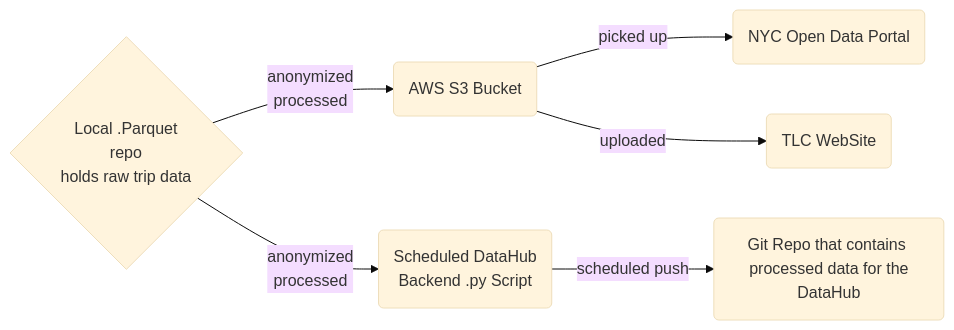
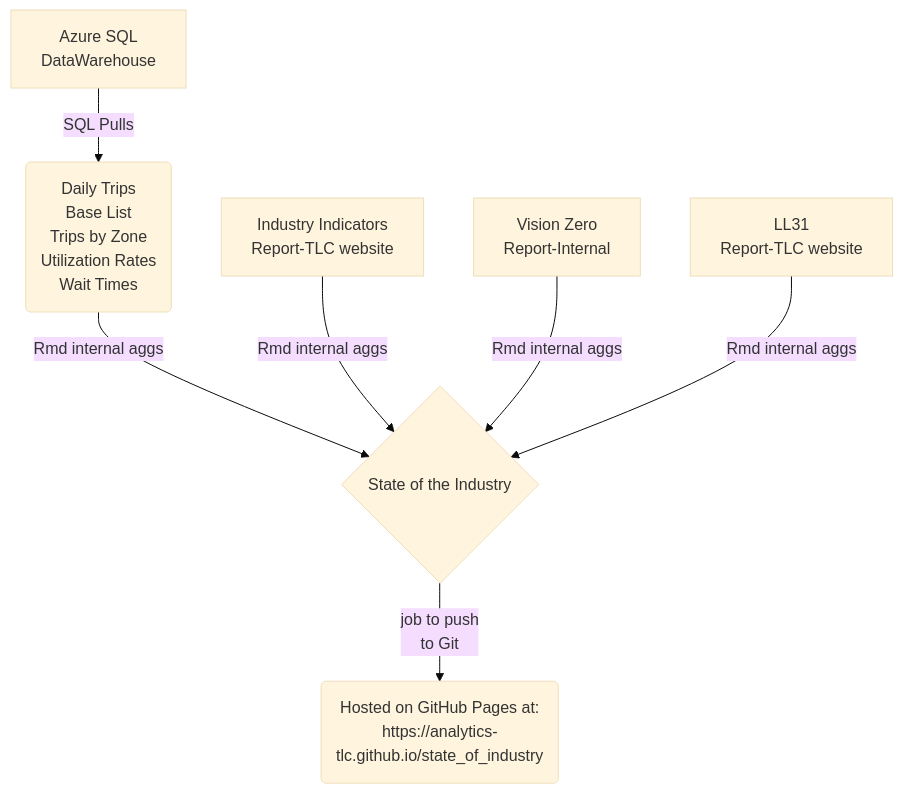
The second of 2 diagrams in README.md (nvoevodin/state_of_the_industry_app), drawn with Mermaid (base theme) before and after one commit. The commit also changed other lines of this file, not shown here.

````diff
--- a/README.md
+++ b/README.md
@@ -67,9 +67,10 @@
 ```mermaid    
-graph LR
-    DuckDB{Local .Parquet <br> repo <br> holds raw trip data} -->|anonymized <br> processed| A(AWS S3 Bucket)
-    A --> |picked up| OpenData(NYC Open Data Portal)
-    A --> |uploaded| TLCWeb(TLC WebSite)
-    DuckDB{Local .Parquet <br> repo <br> holds raw trip data} -->|anonymized <br> processed| DataHubBackend(Scheduled DataHub <br> Backend .py Script)
-    DataHubBackend --> |scheduled push| Git(Git Repo that contains <br> processed data for the DataHub)
+graph TD
+    warehouse[Azure SQL <br> DataWarehouse] -->|SQL Pulls| SQL(Daily Trips <br> Base List <br> Trips by Zone <br> Utilization Rates <br> Wait Times)
+    SQL --> |Rmd internal aggs| dash{State of the Industry}
+    II[Industry Indicators <br> Report-TLC website] --> |Rmd internal aggs| dash{State of the Industry}
+    VZ[Vision Zero <br> Report-Internal] --> |Rmd internal aggs| dash{State of the Industry}
+    LL31[LL31 <br> Report-TLC website] --> |Rmd internal aggs| dash{State of the Industry}
+    dash --> |job to push <br> to Git| Git(Hosted on GitHub Pages at:<br>https://analytics-tlc.github.io/state_of_industry )
 
 ```
````
